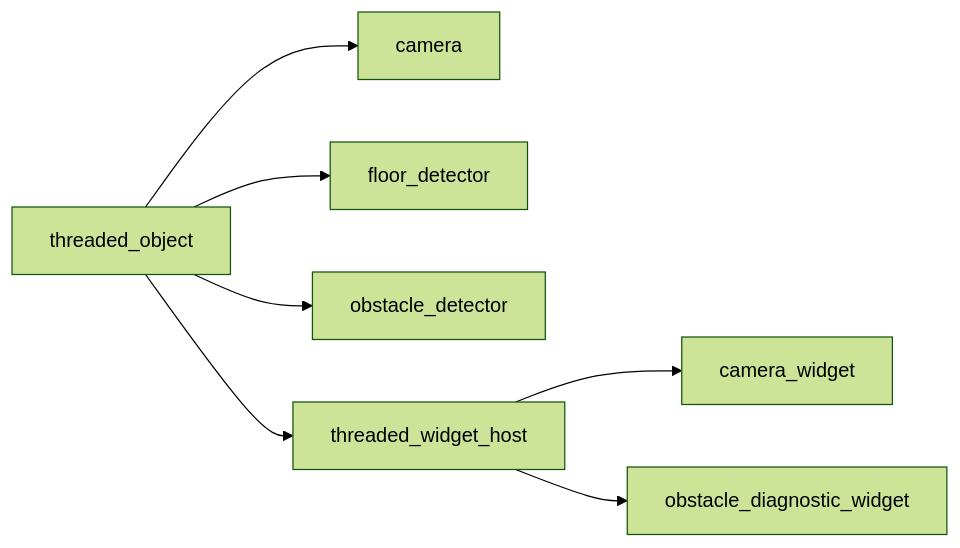
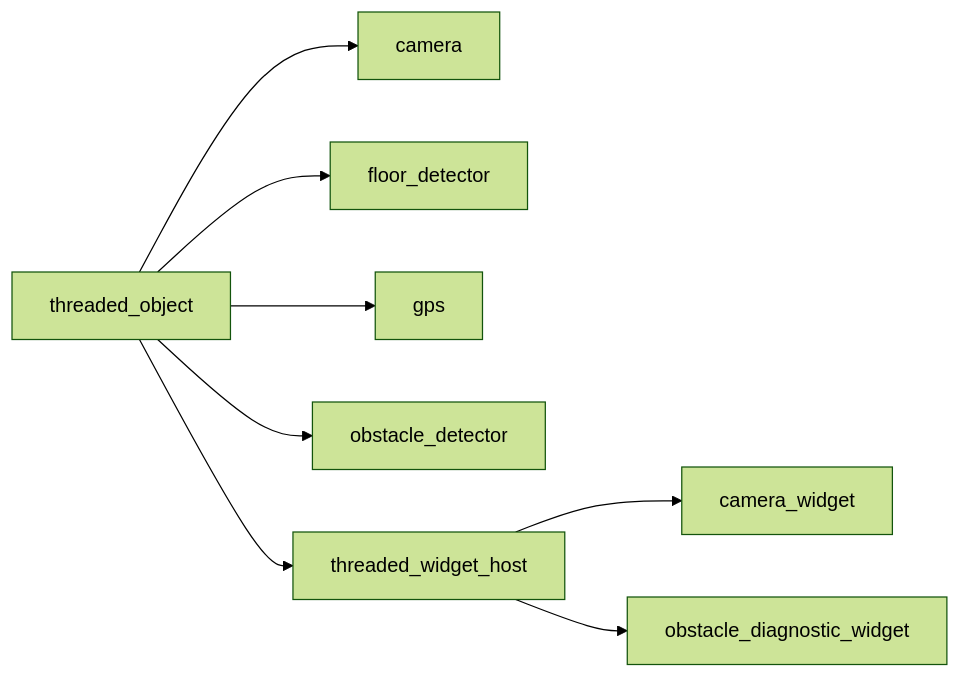
The second of 2 diagrams in docs/codebase/namespaces/core/implementations/threaded_object.md (kasper-szczerba/acs_wiki), drawn with Mermaid (forest theme) before and after one commit. The commit also changed other lines of this file and 12 other files, not shown here.

````diff
--- a/docs/codebase/namespaces/core/implementations/threaded_object.md
+++ b/docs/codebase/namespaces/core/implementations/threaded_object.md
@@ -26,10 +26,11 @@
 ```mermaid
 graph LR
     threaded_object["threaded_object"]
     threaded_object["threaded_object"] --> camera["camera"]
     threaded_object["threaded_object"] --> floor_detector["floor_detector"]
+    threaded_object["threaded_object"] --> gps["gps"]
     threaded_object["threaded_object"] --> obstacle_detector["obstacle_detector"]
     threaded_object["threaded_object"] --> threaded_widget_host["threaded_widget_host"]
     threaded_widget_host["threaded_widget_host"] --> camera_widget["camera_widget"]
     threaded_widget_host["threaded_widget_host"] --> obstacle_diagnostic_widget["obstacle_diagnostic_widget"]
 ```
````
